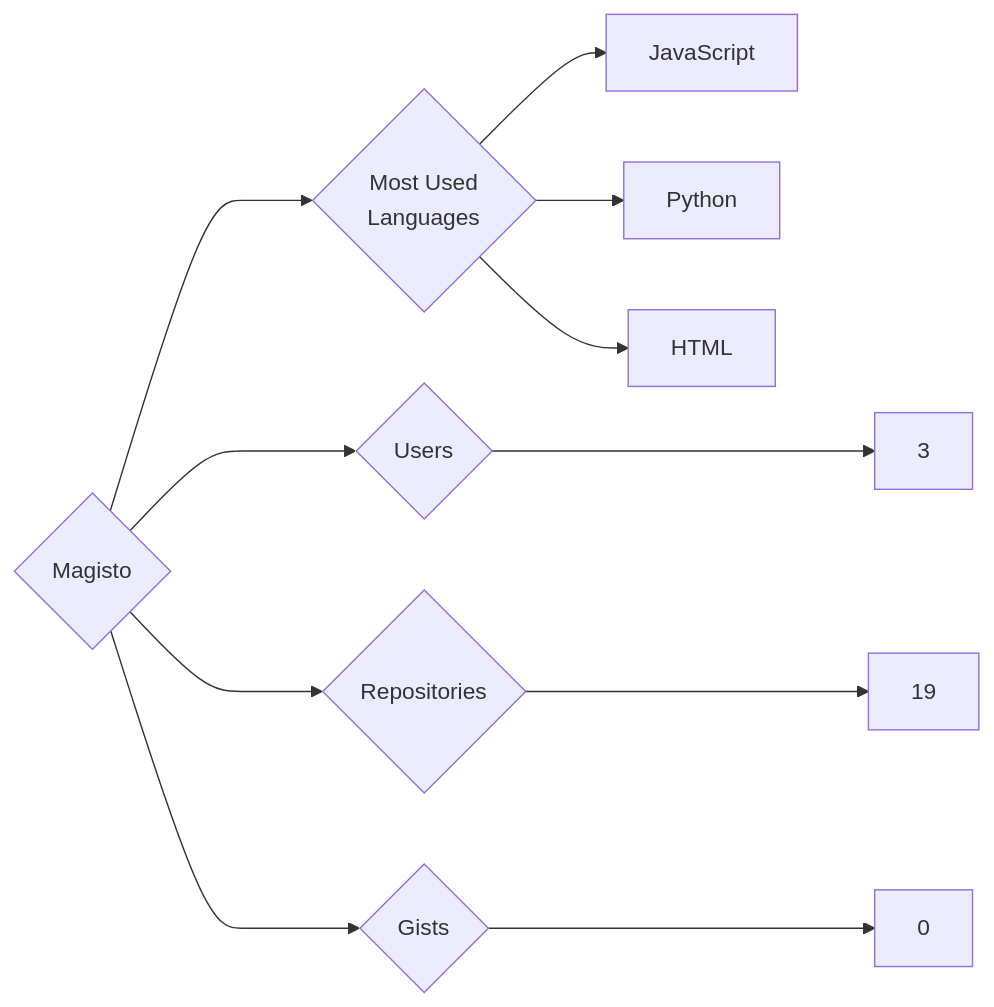
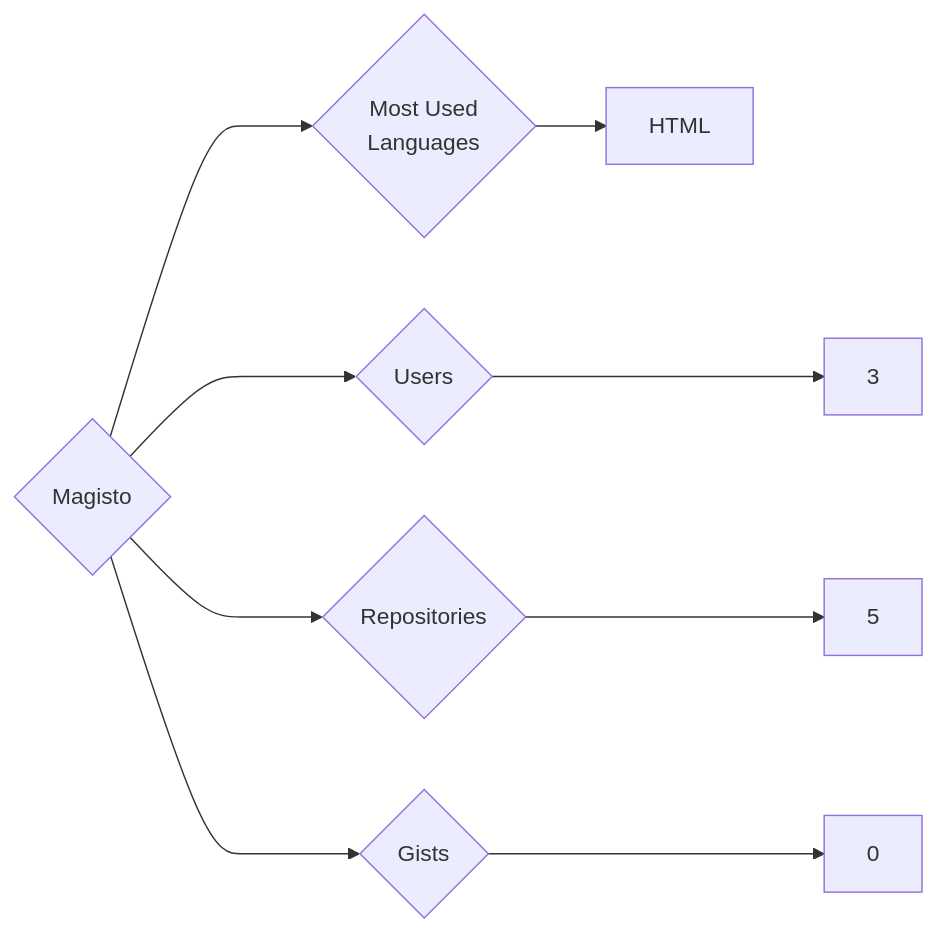
Before and after one commit to trickest/insiders: the diagram in targets/Magisto/README.md, drawn with Mermaid. The commit also changed 748 other files, not shown here.

````diff
--- a/targets/Magisto/README.md
+++ b/targets/Magisto/README.md
@@ -3,11 +3,9 @@
 ```mermaid
 graph LR
 COMPANY_NAME{Magisto}
 COMPANY_NAME ---> U{Users} ---> UN[3]
-COMPANY_NAME ---> R{Repositories} ---> RN[19]
+COMPANY_NAME ---> R{Repositories} ---> RN[5]
 COMPANY_NAME ---> G{Gists} ---> GN[0]
 COMPANY_NAME ---> ML{Most Used<br>Languages}
-ML --> JavaScript[JavaScript]
-ML --> Python[Python]
 ML --> HTML[HTML]
 ```
````
